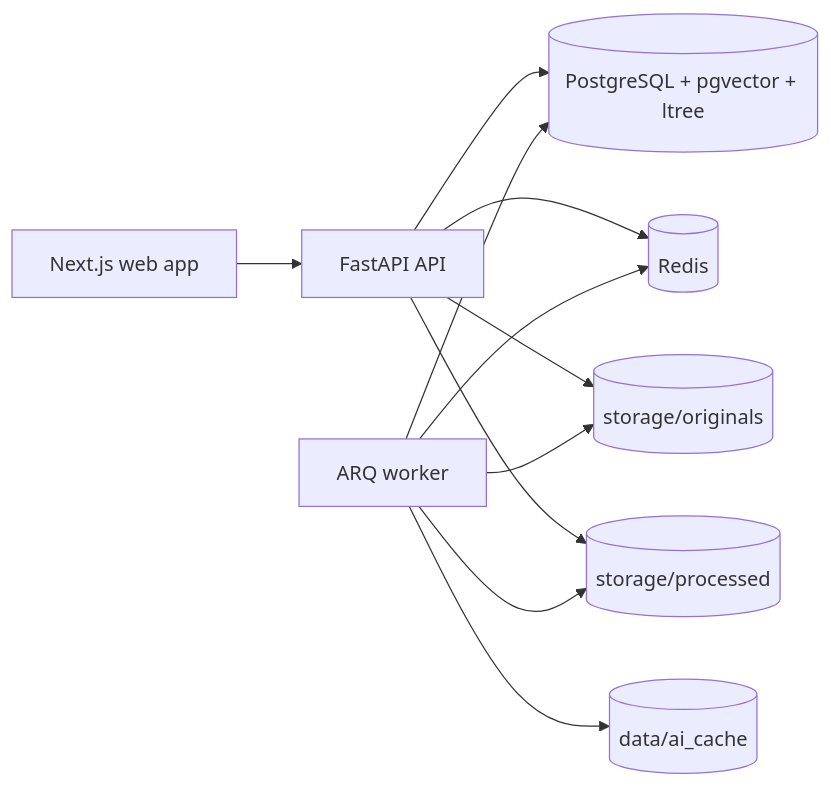
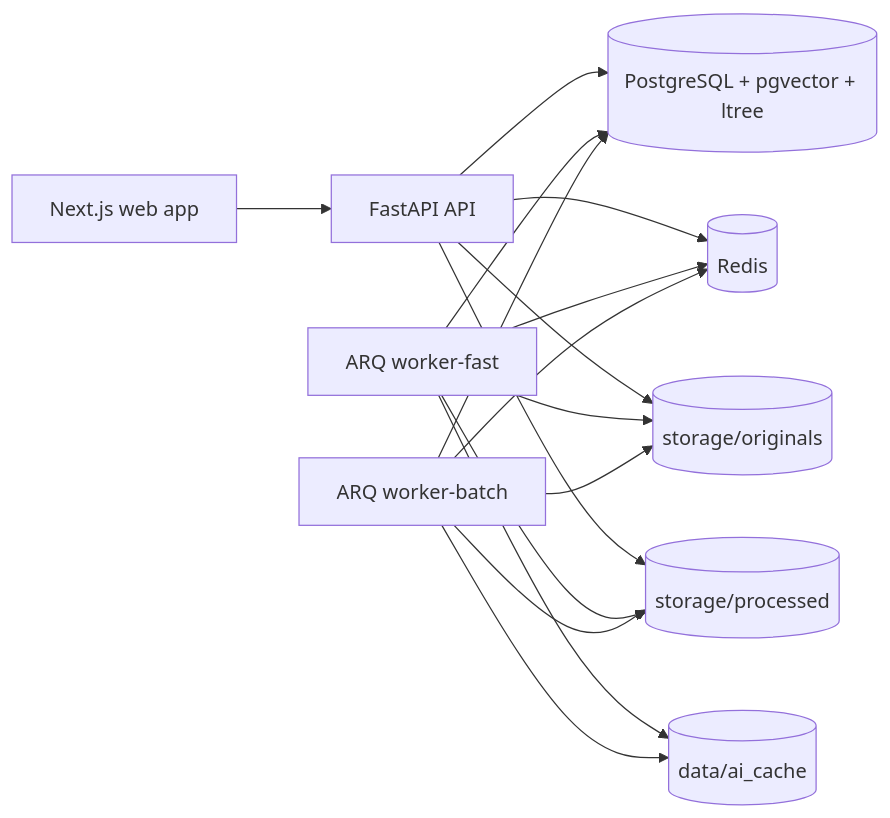
One commit to shen-kit/photo-manager changed the diagram in README.md. Above: the diagram before and after it, drawn with Mermaid. The commit also changed other lines of this file and 22 other files, not shown here.

````diff
--- a/README.md
+++ b/README.md
@@ -41,22 +42,28 @@
 ```mermaid
 flowchart LR
   Web[Next.js web app]
   API[FastAPI API]
   DB[(PostgreSQL + pgvector + ltree)]
   Redis[(Redis)]
-  Worker[ARQ worker]
+  WorkerFast[ARQ worker-fast]
+  WorkerBatch[ARQ worker-batch]
   Originals[(storage/originals)]
   Processed[(storage/processed)]
   Cache[(data/ai_cache)]
 
   Web --> API
   API --> DB
   API --> Redis
   API --> Originals
   API --> Processed
-  Worker --> DB
-  Worker --> Redis
-  Worker --> Originals
-  Worker --> Processed
-  Worker --> Cache
+  WorkerFast --> DB
+  WorkerFast --> Redis
+  WorkerFast --> Originals
+  WorkerFast --> Processed
+  WorkerFast --> Cache
+  WorkerBatch --> DB
+  WorkerBatch --> Redis
+  WorkerBatch --> Originals
+  WorkerBatch --> Processed
+  WorkerBatch --> Cache
 ```
````
